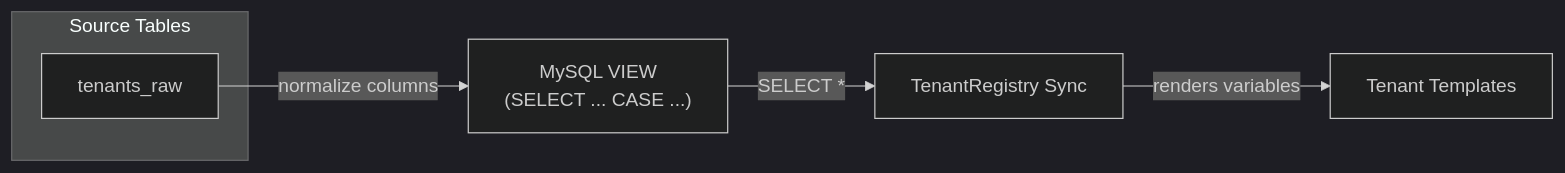
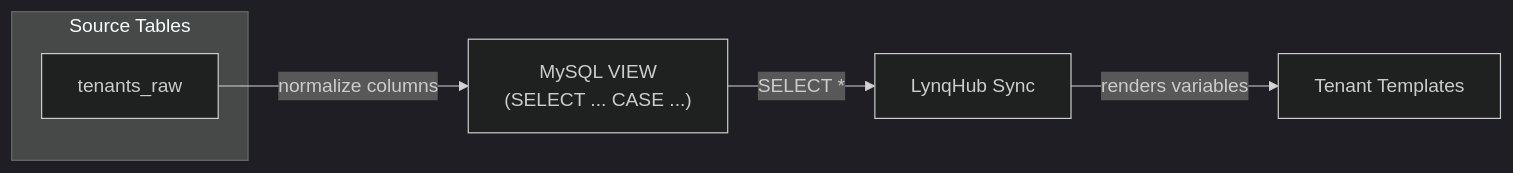
Before and after one commit to kubernetes-tenants/tenant-operator: the second of 3 diagrams in docs/datasource.md, drawn with Mermaid (dark theme). The commit also changed other lines of this file and 193 other files, not shown here.

````diff
--- a/docs/datasource.md
+++ b/docs/datasource.md
@@ -228,13 +228,13 @@
 ```mermaid
 flowchart LR
     subgraph Source["Source Tables"]
         Raw["tenants_raw"]
     end
     View["MySQL VIEW<br/>(SELECT ... CASE ...)"]
-    Operator["TenantRegistry Sync"]
+    Operator["LynqHub Sync"]
     Templates["Tenant Templates"]
 
     Raw -- "normalize columns" --> View
     View -- "SELECT *" --> Operator
     Operator -- "renders variables" --> Templates
 ```
````
